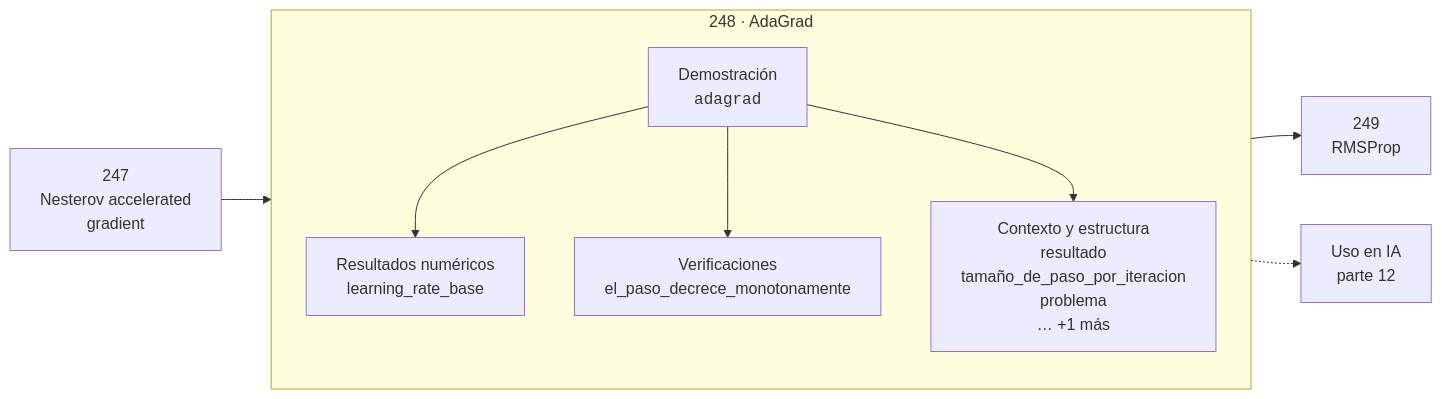
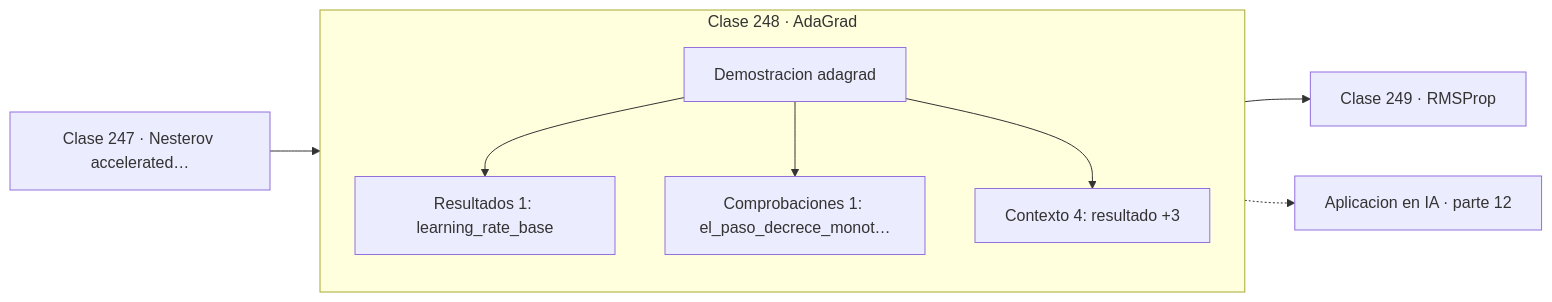
The diagram in classes/part-12-optimizacion-matematica-y-computacional/248-adagrad/README.md (vladimiracunadev-create/computational-mathematics-program), drawn with Mermaid before and after one commit. The commit also changed 389 other files, not shown here.

First line of the commit message:
fix(diagramas): elimina el HTML de las etiquetas Mermaid

````diff
--- a/classes/part-12-optimizacion-matematica-y-computacional/248-adagrad/README.md
+++ b/classes/part-12-optimizacion-matematica-y-computacional/248-adagrad/README.md
@@ -30,12 +30,13 @@
 ```mermaid
 flowchart LR
-    P["247<br/>Nesterov accelerated<br/>gradient"] --> C
-    subgraph C["248 · AdaGrad"]
+    P["Clase 247 · Nesterov accelerated…"] --> D
+    subgraph CLASE["Clase 248 · AdaGrad"]
         direction TB
-        D["Demostración<br/><code>adagrad</code>"] --> R["Resultados numéricos<br/>learning_rate_base"]
-        D --> V["Verificaciones<br/>el_paso_decrece_monotonamente"]
-        D --> O["Contexto y estructura<br/>resultado<br/>tamaño_de_paso_por_iteracion<br/>problema<br/>… +1 más"]
+        D["Demostracion adagrad"]
+        D --> R["Resultados 1: learning_rate_base"]
+        D --> V["Comprobaciones 1: el_paso_decrece_monot…"]
+        D --> O["Contexto 4: resultado +3"]
     end
-    C --> N["249<br/>RMSProp"]
-    C -.-> IA["Uso en IA<br/>parte 12"]
+    R --> N["Clase 249 · RMSProp"]
+    V -.-> IA["Aplicacion en IA · parte 12"]
 ```
````
